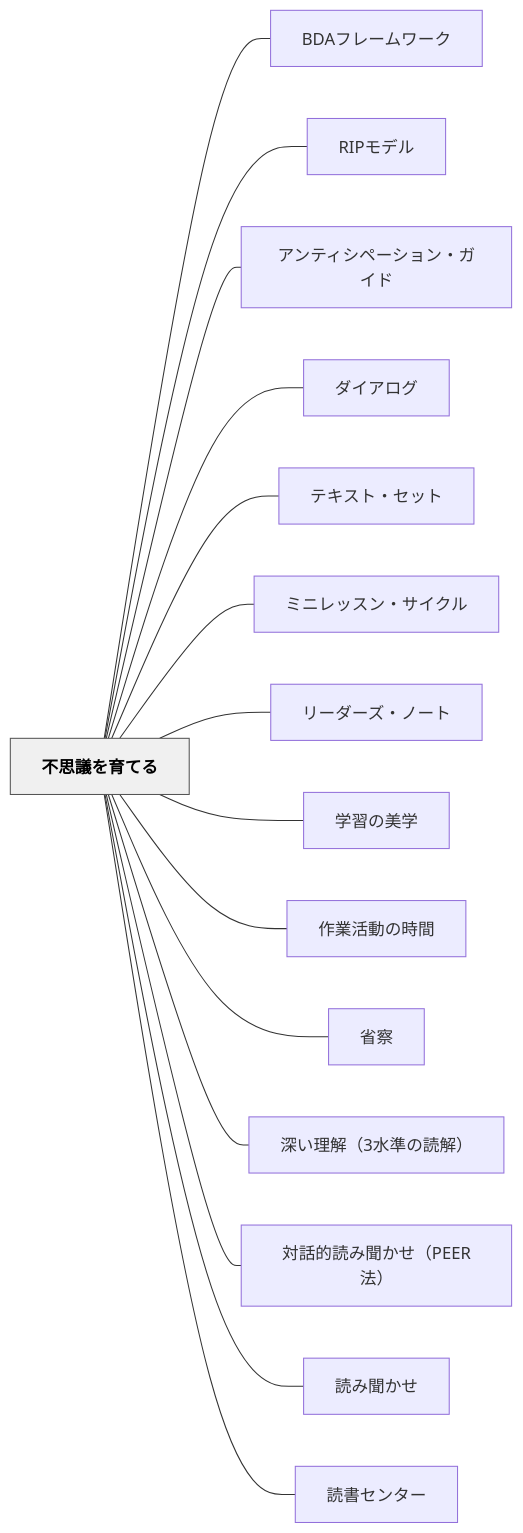
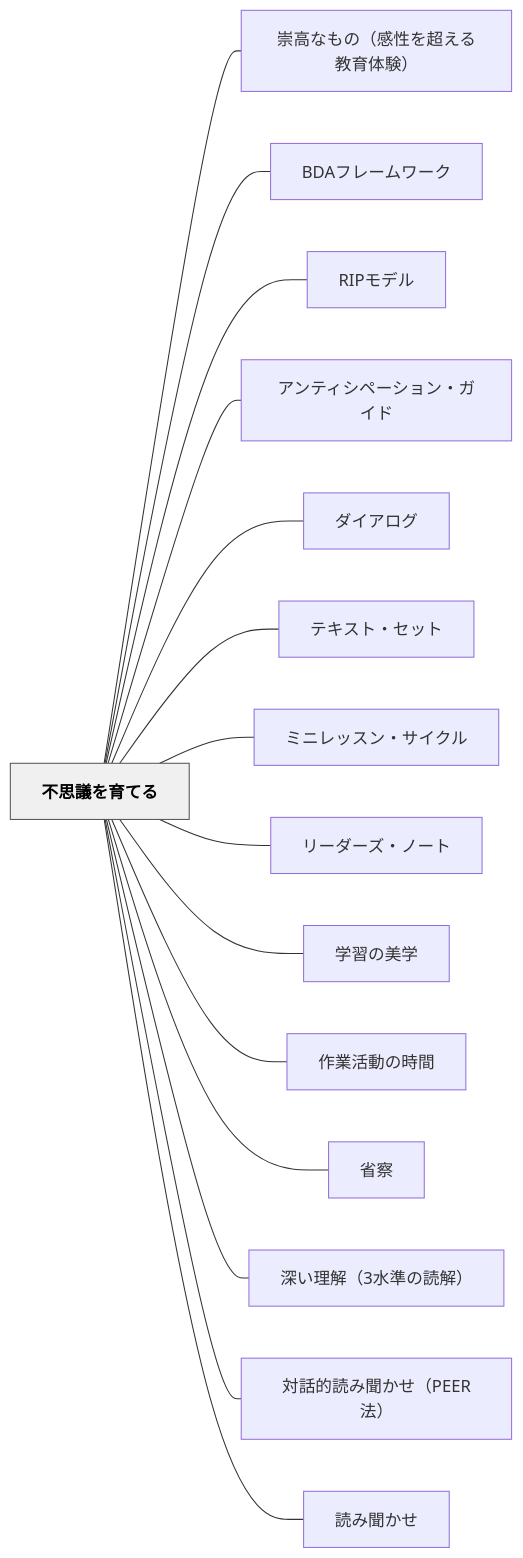
Before and after one commit to unknownthings-ed-patterns/unknownthings-ed-patterns: the diagram in content/パタン/不思議を育てる.md, drawn with Mermaid. The commit also changed other lines of this file and 14 other files, not shown here.

````diff
--- a/content/パタン/不思議を育てる.md
+++ b/content/パタン/不思議を育てる.md
@@ -144,36 +145,36 @@
 ```mermaid
 flowchart LR
     ne4b88de6809de8adb0e38292e882b2e381a6e3828b["不思議を育てる"]
+    ne5b487e9ab98e381aae38282e381aeefbc88e6849fe680a7e38292e8b685e38188e3828be69599e882b2e4bd93e9a893efbc89["崇高なもの（感性を超える教育体験）"]
     n424441e38395e383ace383bce383a0e383afe383bce382af["BDAフレームワーク"]
     n524950e383a2e38387e383ab["RIPモデル"]
     ne382a2e383b3e38386e382a3e382b7e3839ae383bce382b7e383a7e383b3e383bbe382ace382a4e38389["アンティシペーション・ガイド"]
     ne38380e382a4e382a2e383ade382b0["ダイアログ"]
     ne38386e382ade382b9e38388e383bbe382bbe38383e38388["テキスト・セット"]
     ne3839fe3838be383ace38383e382b9e383b3e383bbe382b5e382a4e382afe383ab["ミニレッスン・サイクル"]
     ne383aae383bce38380e383bce382bae383bbe3838ee383bce38388["リーダーズ・ノート"]
     ne5ada6e7bf92e381aee7be8ee5ada6["学習の美学"]
     ne4bd9ce6a5ade6b4bbe58b95e381aee69982e99693["作業活動の時間"]
     ne79c81e5af9f["省察"]
     ne6b7b1e38184e79086e8a7a3efbc8833e6b0b4e6ba96e381aee8aaade8a7a3efbc89["深い理解（3水準の読解）"]
     ne5afbee8a9b1e79a84e8aaade381bfe8819ee3818be3819befbc8850454552e6b395efbc89["対話的読み聞かせ（PEER法）"]
     ne8aaade381bfe8819ee3818be3819b["読み聞かせ"]
-    ne8aaade69bb8e382bbe383b3e382bfe383bc["読書センター"]
 
+    ne4b88de6809de8adb0e38292e882b2e381a6e3828b --- ne5b487e9ab98e381aae38282e381aeefbc88e6849fe680a7e38292e8b685e38188e3828be69599e882b2e4bd93e9a893efbc89
     ne4b88de6809de8adb0e38292e882b2e381a6e3828b --- n424441e38395e383ace383bce383a0e383afe383bce382af
     ne4b88de6809de8adb0e38292e882b2e381a6e3828b --- n524950e383a2e38387e383ab
     ne4b88de6809de8adb0e38292e882b2e381a6e3828b --- ne382a2e383b3e38386e382a3e382b7e3839ae383bce382b7e383a7e383b3e383bbe382ace382a4e38389
     ne4b88de6809de8adb0e38292e882b2e381a6e3828b --- ne38380e382a4e382a2e383ade382b0
     ne4b88de6809de8adb0e38292e882b2e381a6e3828b --- ne38386e382ade382b9e38388e383bbe382bbe38383e38388
     ne4b88de6809de8adb0e38292e882b2e381a6e3828b --- ne3839fe3838be383ace38383e382b9e383b3e383bbe382b5e382a4e382afe383ab
     ne4b88de6809de8adb0e38292e882b2e381a6e3828b --- ne383aae383bce38380e383bce382bae383bbe3838ee383bce38388
     ne4b88de6809de8adb0e38292e882b2e381a6e3828b --- ne5ada6e7bf92e381aee7be8ee5ada6
     ne4b88de6809de8adb0e38292e882b2e381a6e3828b --- ne4bd9ce6a5ade6b4bbe58b95e381aee69982e99693
     ne4b88de6809de8adb0e38292e882b2e381a6e3828b --- ne79c81e5af9f
     ne4b88de6809de8adb0e38292e882b2e381a6e3828b --- ne6b7b1e38184e79086e8a7a3efbc8833e6b0b4e6ba96e381aee8aaade8a7a3efbc89
     ne4b88de6809de8adb0e38292e882b2e381a6e3828b --- ne5afbee8a9b1e79a84e8aaade381bfe8819ee3818be3819befbc8850454552e6b395efbc89
     ne4b88de6809de8adb0e38292e882b2e381a6e3828b --- ne8aaade381bfe8819ee3818be3819b
-    ne4b88de6809de8adb0e38292e882b2e381a6e3828b --- ne8aaade69bb8e382bbe383b3e382bfe383bc
 
     classDef hub fill:#f0f0f0,stroke:#555,color:#000,font-weight:bold
     class ne4b88de6809de8adb0e38292e882b2e381a6e3828b hub
 ```
````
